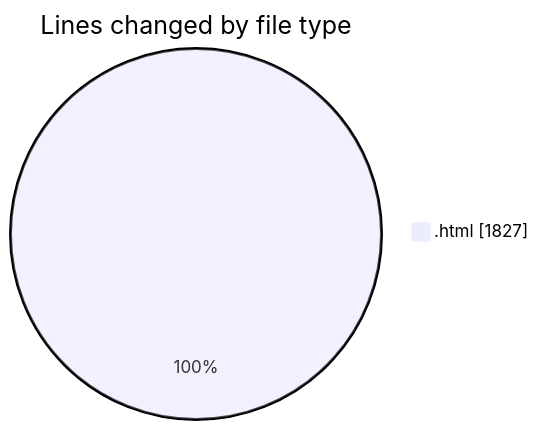
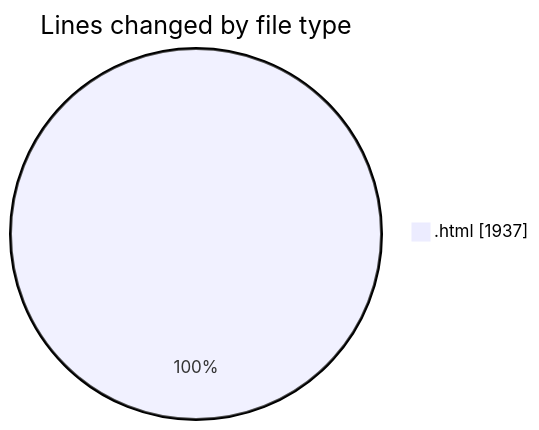
Before and after one commit to Ritupan-Deka/code-tracking: the first of 2 diagrams in 2025-06-17/projects/README.md, drawn with Mermaid. The commit also changed other lines of this file and 1 other file, not shown here.

````diff
--- a/2025-06-17/projects/README.md
+++ b/2025-06-17/projects/README.md
@@ -21,5 +21,5 @@
 ```mermaid
 pie showData
 title Lines changed by file type
-".html" : 1827
+".html" : 1937
 ```
````
